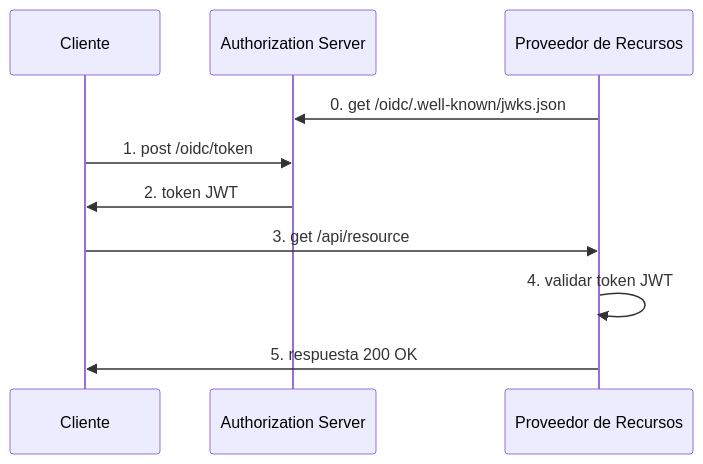
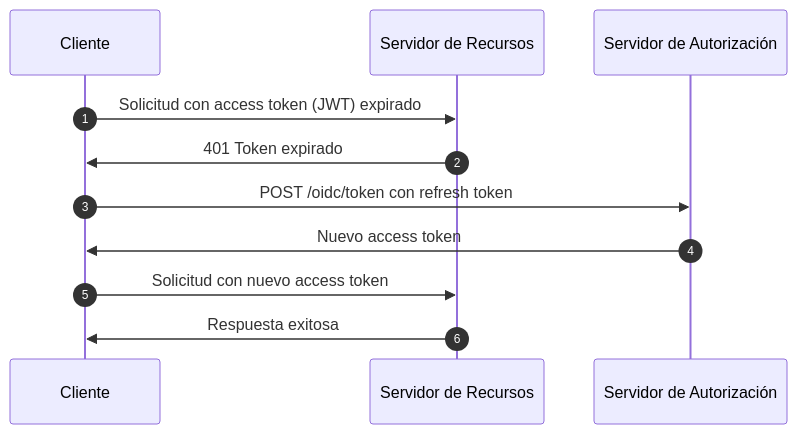
One commit to logto-io/auth-wiki changed the fifth of 5 diagrams in src/content/terms/es/opaque-token.mdx. Above: the diagram before and after it, drawn with Mermaid. The commit also changed other lines of this file and 95 other files, not shown here.

````diff
--- a/src/content/terms/es/opaque-token.mdx
+++ b/src/content/terms/es/opaque-token.mdx
@@ -73,16 +123,14 @@
 ```mermaid
+sequenceDiagram
+    participant Client as Cliente
+    participant RS as Servidor de Recursos
+    participant AS as Servidor de Autorización
+    autonumber
 
-sequenceDiagram
-    participant C as Cliente
-    participant AS as Authorization Server
-    participant RP as Proveedor de Recursos
-
-    RP ->> AS: 0. get /oidc/.well-known/jwks.json
-
-    C ->> AS: 1. post /oidc/token
-    AS ->> C: 2. token JWT
-    C ->> RP: 3. get /api/resource
-    RP ->> RP: 4. validar token JWT
-    RP ->> C: 5. respuesta 200 OK
-
+    Client->>RS: Solicitud con access token (JWT) expirado
+    RS->>Client: 401 Token expirado
+    Client->>AS: POST /oidc/token con refresh token
+    AS->>Client: Nuevo access token
+    Client->>RS: Solicitud con nuevo access token
+    RS->>Client: Respuesta exitosa
 ```
````
